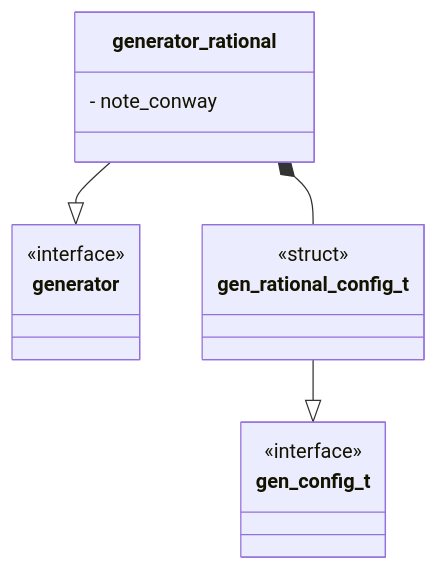
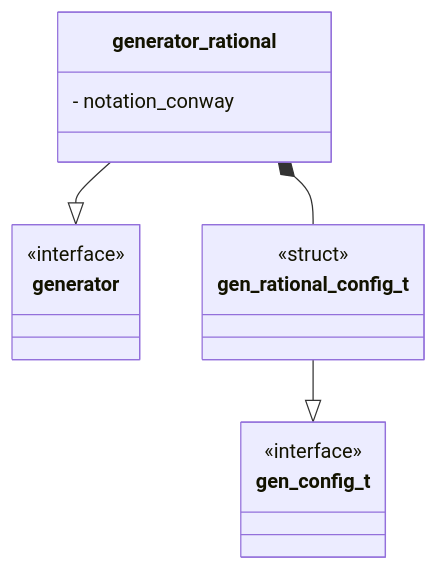
One commit to Uiowa-Applied-Topology/tanglenomicon_core_libraries changed the diagram in docs/design/Generators/Rational.md. Above: the diagram before and after it, drawn with Mermaid. The commit also changed 6 other files, not shown here.

````diff
--- a/docs/design/Generators/Rational.md
+++ b/docs/design/Generators/Rational.md
@@ -3,29 +3,29 @@
 ```mermaid
 classDiagram
 
 generator_rational --|> generator 
 gen_rational_config_t --|> gen_config_t 
 generator_rational *-- gen_rational_config_t
 
 class generator{
 <<interface>>
 }
 
 class generator_rational{
-- note_conway
+- notation_conway
 
 }
 
 class gen_rational_config_t {
 <<struct>>
 
 
 }
 
 class gen_config_t {
 <<interface>>
 
 }
 
 
 ```
````
